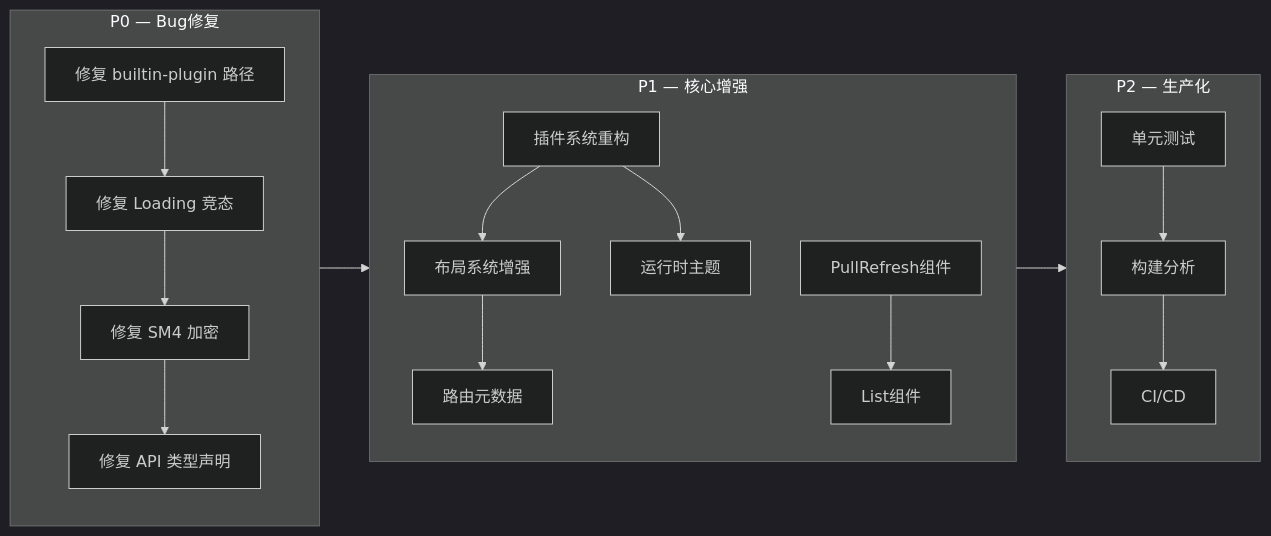
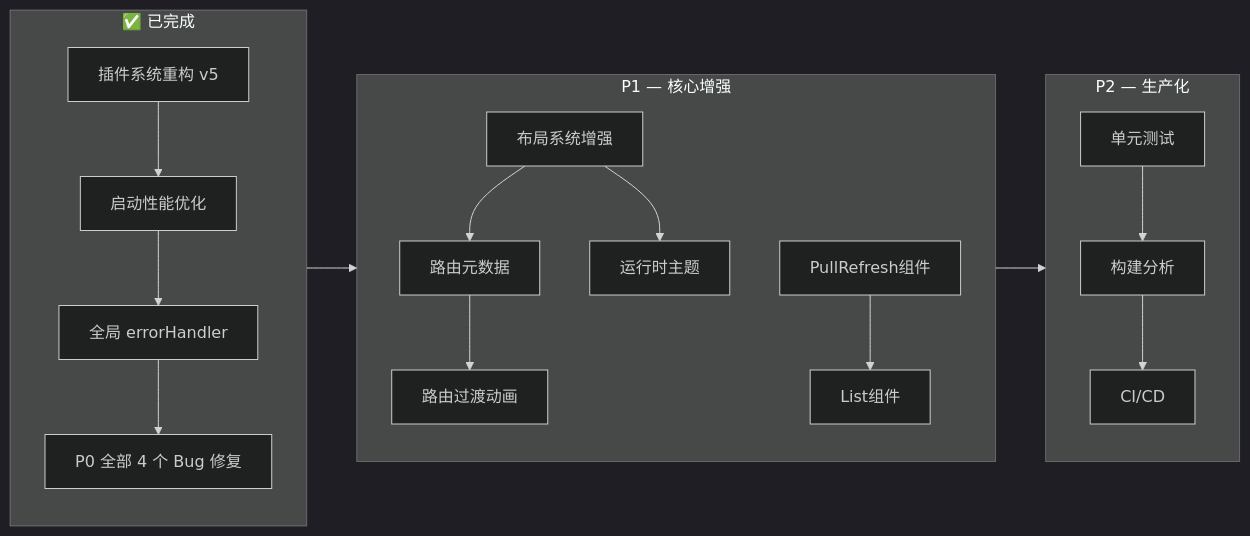
Before and after one commit to m2maomao/vite-plugins-demo: the diagram in plans/framework-deep-analysis.md, drawn with Mermaid (dark theme). The commit also changed other lines of this file and 27 other files, not shown here.

````diff
--- a/plans/framework-deep-analysis.md
+++ b/plans/framework-deep-analysis.md
@@ -362,20 +409,20 @@
 ```mermaid
 flowchart LR
-    subgraph P0[P0 — Bug修复]
-        A1[修复 builtin-plugin 路径] --> A2[修复 Loading 竞态]
-        A2 --> A3[修复 SM4 加密]
-        A3 --> A4[修复 API 类型声明]
+    subgraph Done[✅ 已完成]
+        D1[插件系统重构 v5] --> D2[启动性能优化]
+        D2 --> D3[全局 errorHandler]
+        D3 --> D4[P0 全部 4 个 Bug 修复]
     end
     subgraph P1[P1 — 核心增强]
-        B1[插件系统重构] --> B2[布局系统增强]
-        B2 --> B3[路由元数据]
+        B1[布局系统增强] --> B2[路由元数据]
+        B2 --> B3[路由过渡动画]
         B1 --> B4[运行时主题]
         B5[PullRefresh组件] --> B6[List组件]
     end
     subgraph P2[P2 — 生产化]
         C1[单元测试] --> C2[构建分析]
         C2 --> C3[CI/CD]
     end
-    P0 --> P1
+    Done --> P1
     P1 --> P2
 ```
````
